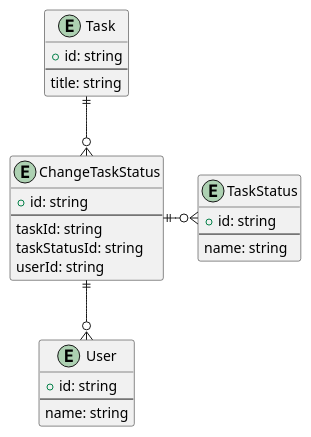
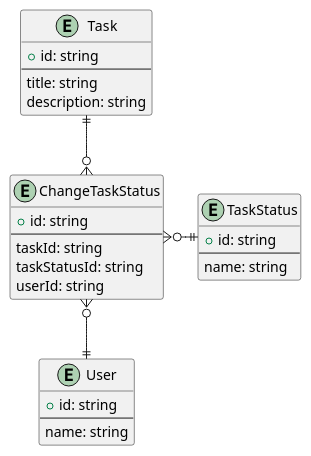
Before and after one commit to sushidesu/prahachallenge: the first of 2 diagrams in 09_高速MVP開発/03_Firestoreを使ってリレーショナルDB以外にも慣れる/03_Firestoreを使ってリレーショナルDB以外にも慣れる.md, drawn with PlantUML. The commit also changed other lines of this file and 2 other files, not shown here.

Commit message:
fix diagrams

````diff
--- a/09_高速MVP開発/03_Firestoreを使ってリレーショナルDB以外にも慣れる/03_Firestoreを使ってリレーショナルDB以外にも慣れる.md
+++ b/09_高速MVP開発/03_Firestoreを使ってリレーショナルDB以外にも慣れる/03_Firestoreを使ってリレーショナルDB以外にも慣れる.md
@@ -28,31 +28,32 @@
 ```plantuml
 entity Task {
   + id: string
   --
   title: string
+  description: string
 }
 
 entity User {
   + id: string
   --
   name: string
 }
 
 entity TaskStatus {
   + id: string
   --
   name: string
 }
 
 entity ChangeTaskStatus {
   + id: string
   --
   taskId: string
   taskStatusId: string
   userId: string
 }
 
 Task ||--o{ ChangeTaskStatus
-ChangeTaskStatus||--o{ User
-ChangeTaskStatus ||-o{ TaskStatus
+ChangeTaskStatus }o--|| User
+ChangeTaskStatus }o-|| TaskStatus
 ```
````
